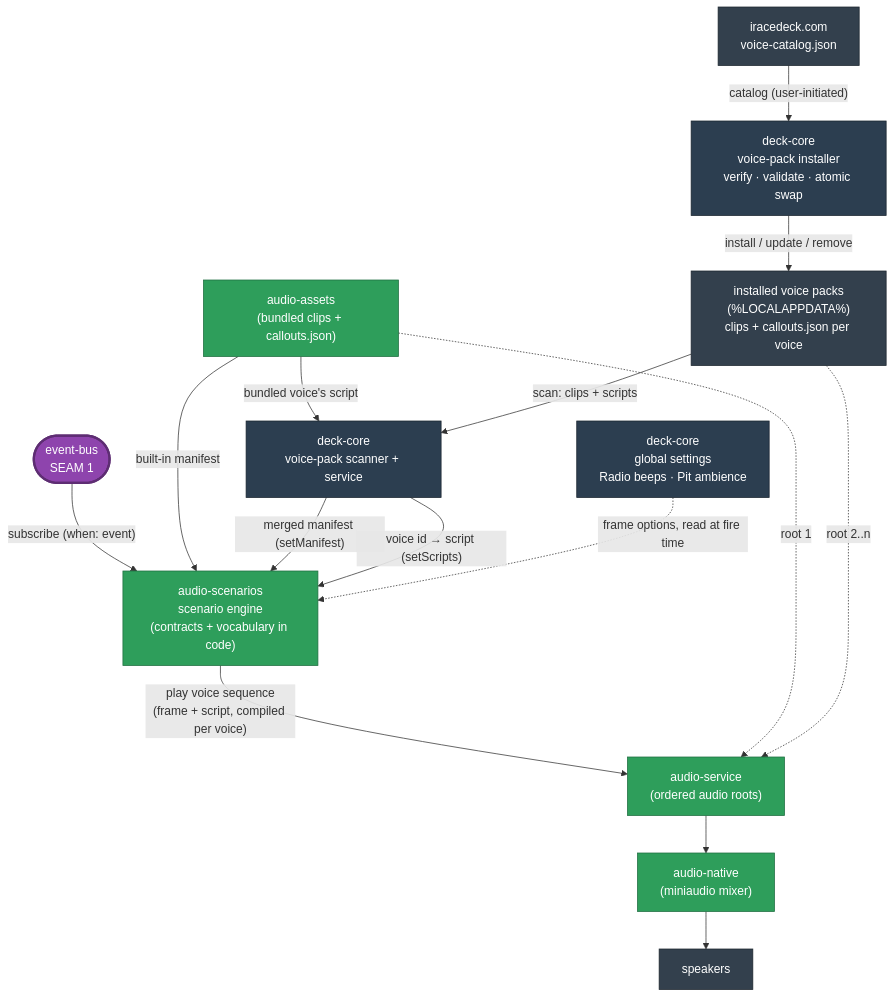
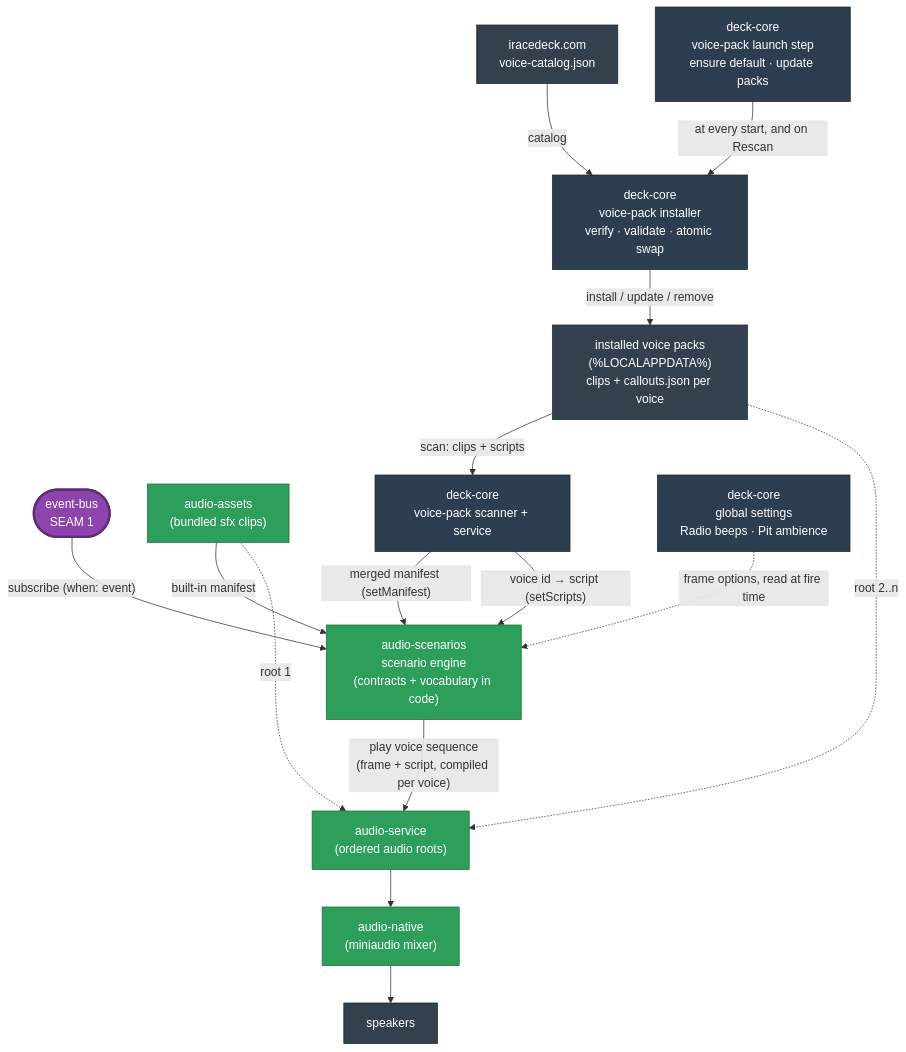
One commit to niklam/iracedeck changed the fifth of 6 diagrams in packages/website/src/content/docs/docs/development/architecture.md. Above: the diagram before and after it, drawn with Mermaid. The commit also changed other lines of this file and 74 other files, not shown here.

First line of the commit message:
feat(voice-packs): stop bundling the default voice — the plugin installs it from the catalog at launch and keeps it current (#1034) (#1146)

````diff
--- a/packages/website/src/content/docs/docs/development/architecture.md
+++ b/packages/website/src/content/docs/docs/development/architecture.md
@@ -197,34 +197,35 @@
 ```mermaid
 flowchart TB
   bus(["event-bus<br/>SEAM 1"]):::seam
   scen["audio-scenarios<br/>scenario engine<br/>(contracts + vocabulary in code)"]:::audio
-  assets["audio-assets<br/>(bundled clips + callouts.json)"]:::audio
+  assets["audio-assets<br/>(bundled sfx clips)"]:::audio
   packs["installed voice packs<br/>(%LOCALAPPDATA%)<br/>clips + callouts.json per voice"]:::ext
   scan["deck-core<br/>voice-pack scanner + service"]:::core
   gs["deck-core<br/>global settings<br/>Radio beeps · Pit ambience"]:::core
   svc["audio-service<br/>(ordered audio roots)"]:::audio
   nat["audio-native<br/>(miniaudio mixer)"]:::audio
   spk["speakers"]:::ext
 
   bus -->|"subscribe (when: event)"| scen
   assets -->|"built-in manifest"| scen
-  assets -->|"bundled voice's script"| scan
   packs -->|"scan: clips + scripts"| scan
   scan -->|"merged manifest (setManifest)"| scen
   scan -->|"voice id → script (setScripts)"| scen
   gs -.->|"frame options, read at fire time"| scen
   cat["iracedeck.com<br/>voice-catalog.json"]:::ext
   inst["deck-core<br/>voice-pack installer<br/>verify · validate · atomic swap"]:::core
-  cat -->|"catalog (user-initiated)"| inst
+  cat -->|"catalog"| inst
+  launch["deck-core<br/>voice-pack launch step<br/>ensure default · update packs"]:::core
+  launch -->|"at every start, and on Rescan"| inst
   inst -->|"install / update / remove"| packs
   scen -->|"play voice sequence<br/>(frame + script, compiled per voice)"| svc
   assets -.->|"root 1"| svc
   packs -.->|"root 2..n"| svc
   svc --> nat
   nat --> spk
 
   classDef core fill:#2c3e50,color:#fff,stroke:#1a252f;
   classDef ext fill:#33404d,color:#fff,stroke:#1d262e;
   classDef seam fill:#8e44ad,color:#fff,stroke:#5e2d73,stroke-width:3px;
   classDef audio fill:#2e9e5b,color:#fff,stroke:#1f6e40;
 ```
````
